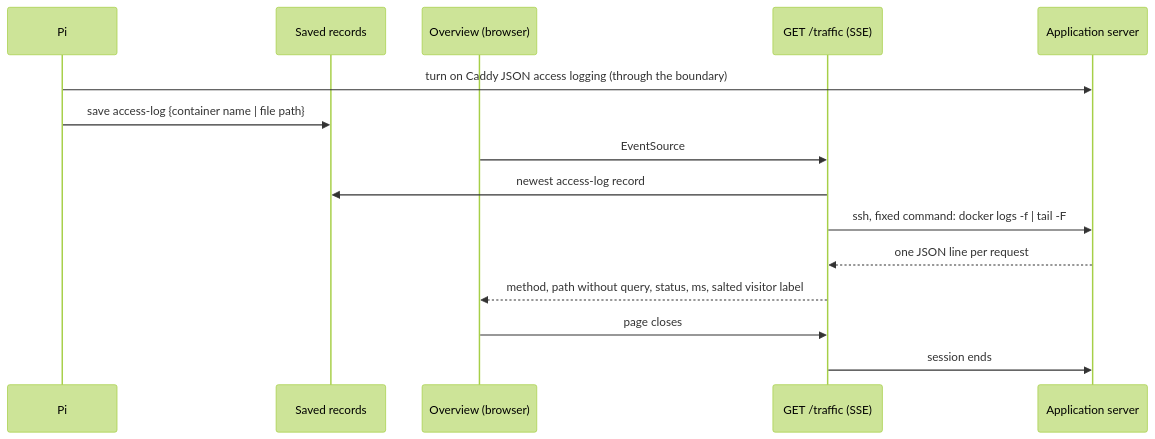
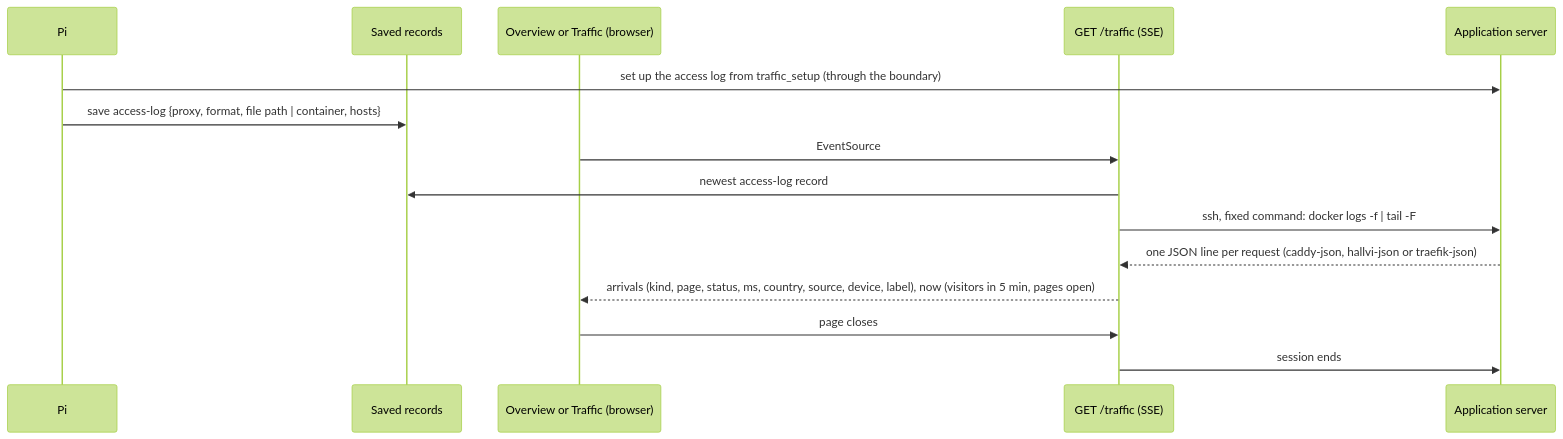
The second of 4 diagrams in docs/architecture.md (lustoykov/hallvi), drawn with Mermaid (forest theme) before and after one commit. The commit also changed other lines of this file and 1 other file, not shown here.

Commit message:
Traffic history: architecture section, coverage test

````diff
--- a/docs/architecture.md
+++ b/docs/architecture.md
@@ -139,17 +139,17 @@
 ```mermaid
 sequenceDiagram
   participant Pi
   participant Records as Saved records
-  participant Page as Overview (browser)
+  participant Page as Overview or Traffic (browser)
   participant Route as GET /traffic (SSE)
   participant Server as Application server
-  Pi->>Server: turn on Caddy JSON access logging (through the boundary)
-  Pi->>Records: save access-log {container name | file path}
+  Pi->>Server: set up the access log from traffic_setup (through the boundary)
+  Pi->>Records: save access-log {proxy, format, file path | container, hosts}
   Page->>Route: EventSource
   Route->>Records: newest access-log record
   Route->>Server: ssh, fixed command: docker logs -f | tail -F
-  Server-->>Route: one JSON line per request
-  Route-->>Page: method, path without query, status, ms, salted visitor label
+  Server-->>Route: one JSON line per request (caddy-json, hallvi-json or traefik-json)
+  Route-->>Page: arrivals (kind, page, status, ms, country, source, device, label), now (visitors in 5 min, pages open)
   Page->>Route: page closes
   Route->>Server: session ends
 ```
````
